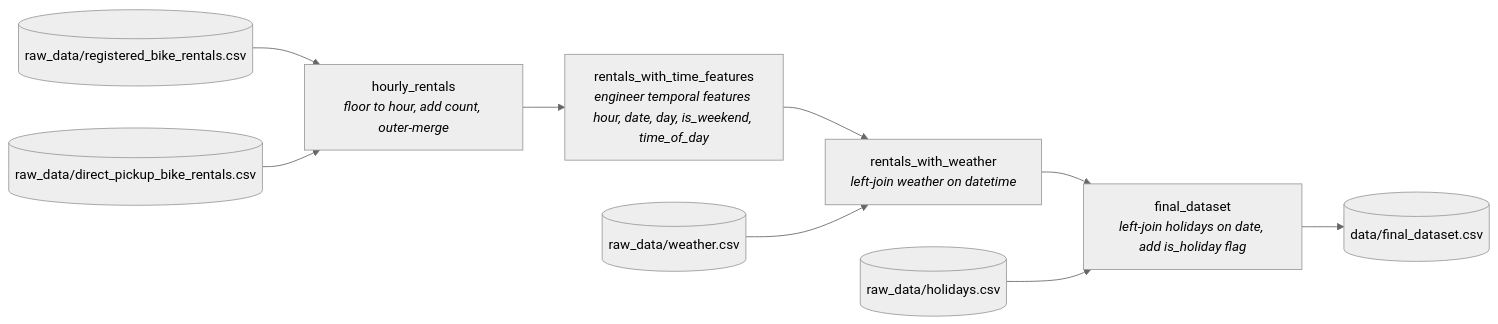
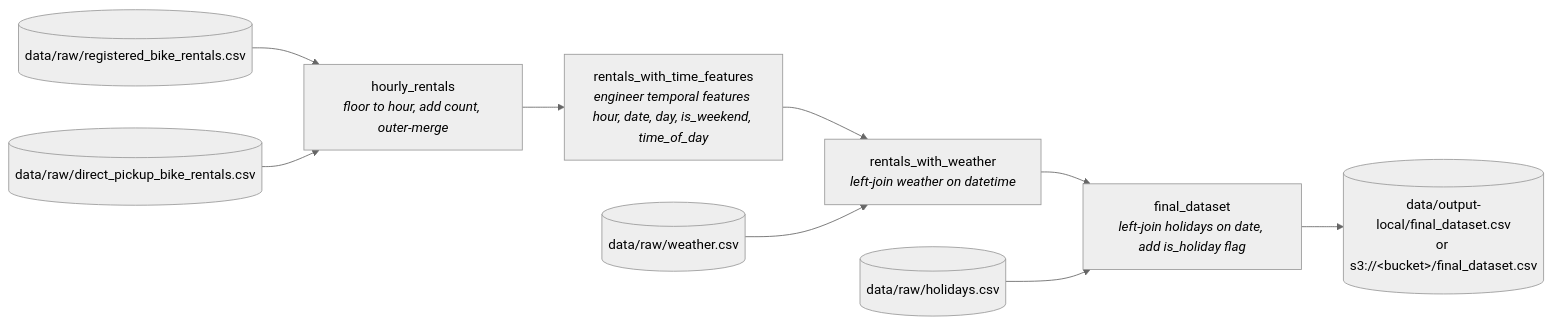
Before and after one commit to krishirajsinhpuwar/ML-MLOps: the diagram in Project1/README.md, drawn with Mermaid (neutral theme). The commit also changed other lines of this file and 17 other files, not shown here.

````diff
--- a/Project1/README.md
+++ b/Project1/README.md
@@ -20,23 +20,23 @@
 ```mermaid
 flowchart LR
-    R1[(raw_data/registered_bike_rentals.csv)]
-    R2[(raw_data/direct_pickup_bike_rentals.csv)]
-    W[(raw_data/weather.csv)]
-    H[(raw_data/holidays.csv)]
+    R1[(data/raw/registered_bike_rentals.csv)]
+    R2[(data/raw/direct_pickup_bike_rentals.csv)]
+    W[(data/raw/weather.csv)]
+    H[(data/raw/holidays.csv)]
 
     A1[hourly_rentals<br/><i>floor to hour, add count, outer-merge</i>]
     A2[rentals_with_time_features<br/><i>engineer temporal features hour, date, day, is_weekend, time_of_day</i>]
     A3[rentals_with_weather<br/><i>left-join weather on datetime</i>]
     A4[final_dataset<br/><i>left-join holidays on date, add is_holiday flag</i>]
 
-    OUT[(data/final_dataset.csv)]
+    OUT[(data/output-local/final_dataset.csv<br/>or s3://&lt;bucket&gt;/final_dataset.csv)]
 
     R1 --> A1
     R2 --> A1
     A1 --> A2
     A2 --> A3
     W --> A3
     A3 --> A4
     H --> A4
     A4 --> OUT
 ```
````
